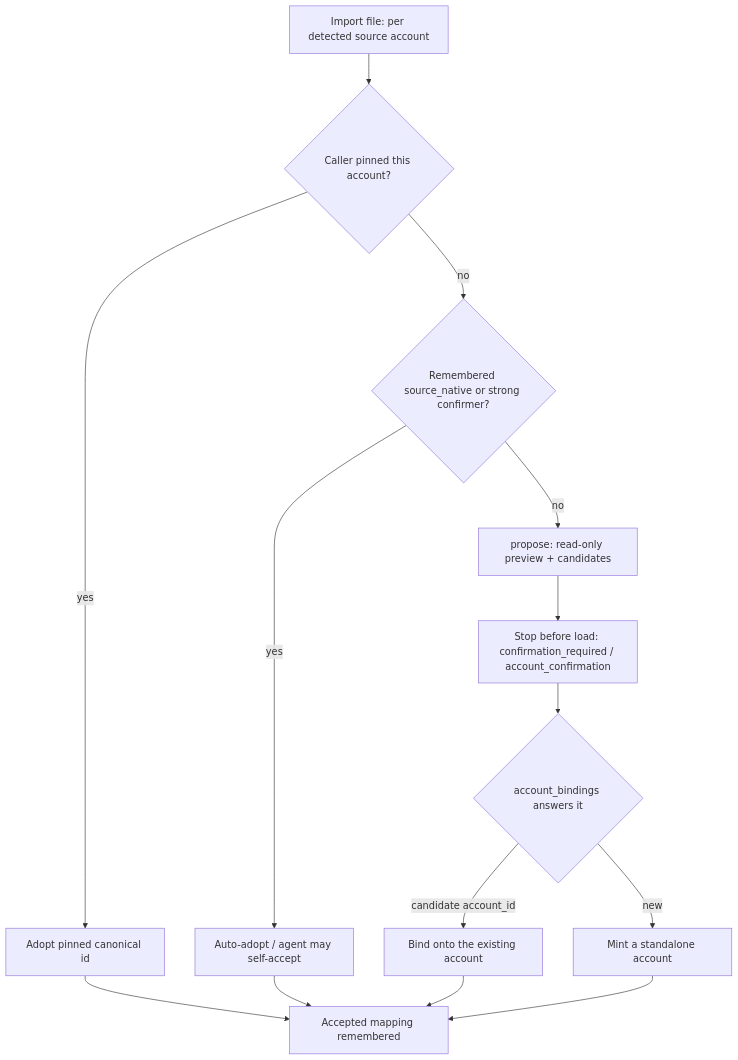
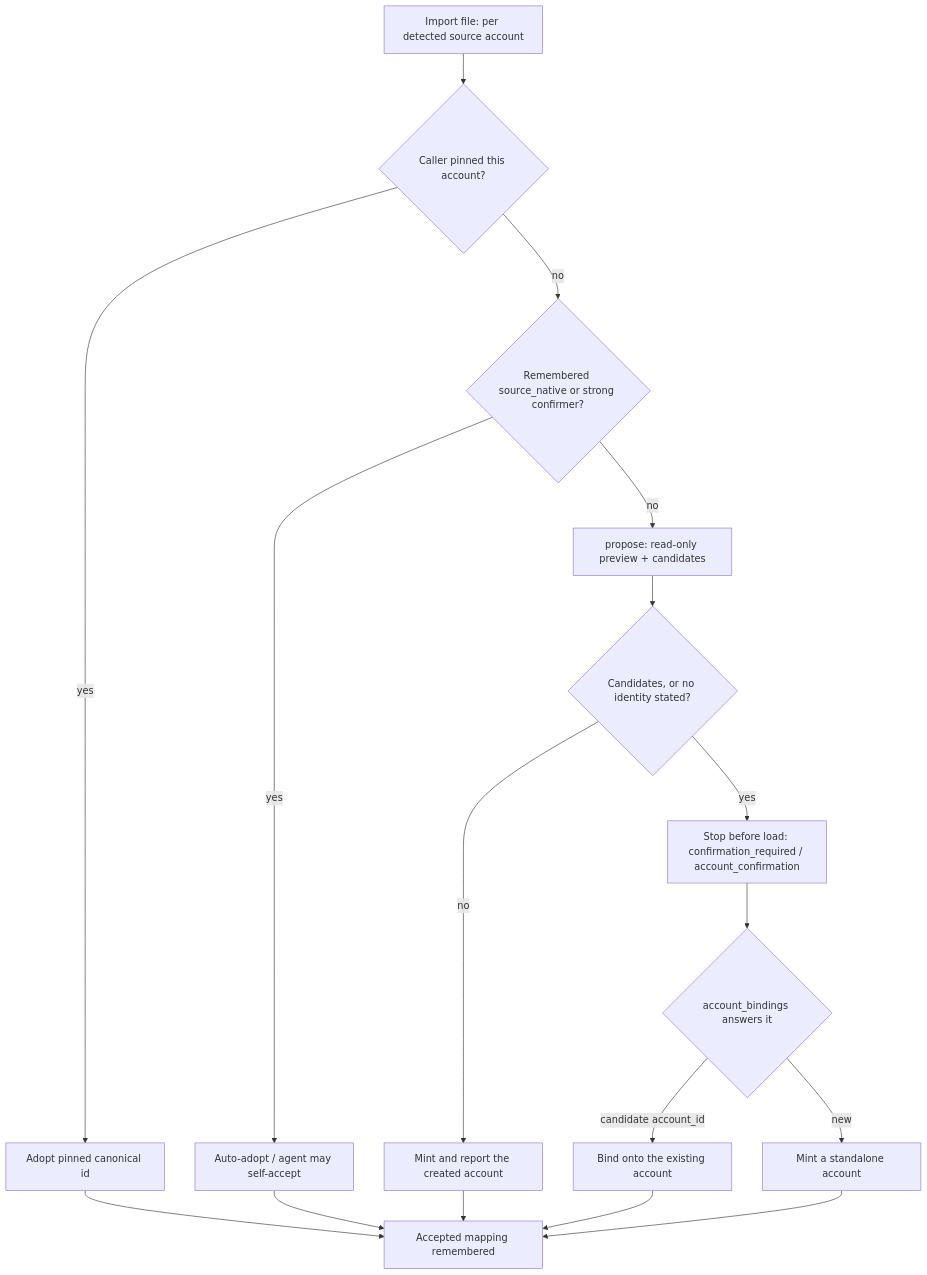
One commit to bsaffel/moneybin changed the diagram in docs/specs/account-identity-resolution.md. Above: the diagram before and after it, drawn with Mermaid. The commit also changed other lines of this file and 5 other files, not shown here.

````diff
--- a/docs/specs/account-identity-resolution.md
+++ b/docs/specs/account-identity-resolution.md
@@ -555,16 +560,19 @@
 ```mermaid
 flowchart TD
     A[Import file: per detected source account] --> B{Caller pinned this account?}
     B -->|yes| ADOPT[Adopt pinned canonical id]
     B -->|no| C{Remembered source_native or strong confirmer?}
     C -->|yes| AUTO[Auto-adopt / agent may self-accept]
     C -->|no| PROPOSE[propose: read-only preview + candidates]
-    PROPOSE --> GATE[Stop before load: confirmation_required / account_confirmation]
+    PROPOSE --> ASK{Candidates, or no identity stated?}
+    ASK -->|no| MINT[Mint and report the created account]
+    ASK -->|yes| GATE[Stop before load: confirmation_required / account_confirmation]
     GATE --> CONFIRM{account_bindings answers it}
     CONFIRM -->|candidate account_id| MERGE[Bind onto the existing account]
     CONFIRM -->|"new"| STANDALONE[Mint a standalone account]
     ADOPT --> REMEMBER[Accepted mapping remembered]
     AUTO --> REMEMBER
+    MINT --> REMEMBER
     MERGE --> REMEMBER
     STANDALONE --> REMEMBER
 ```
````
